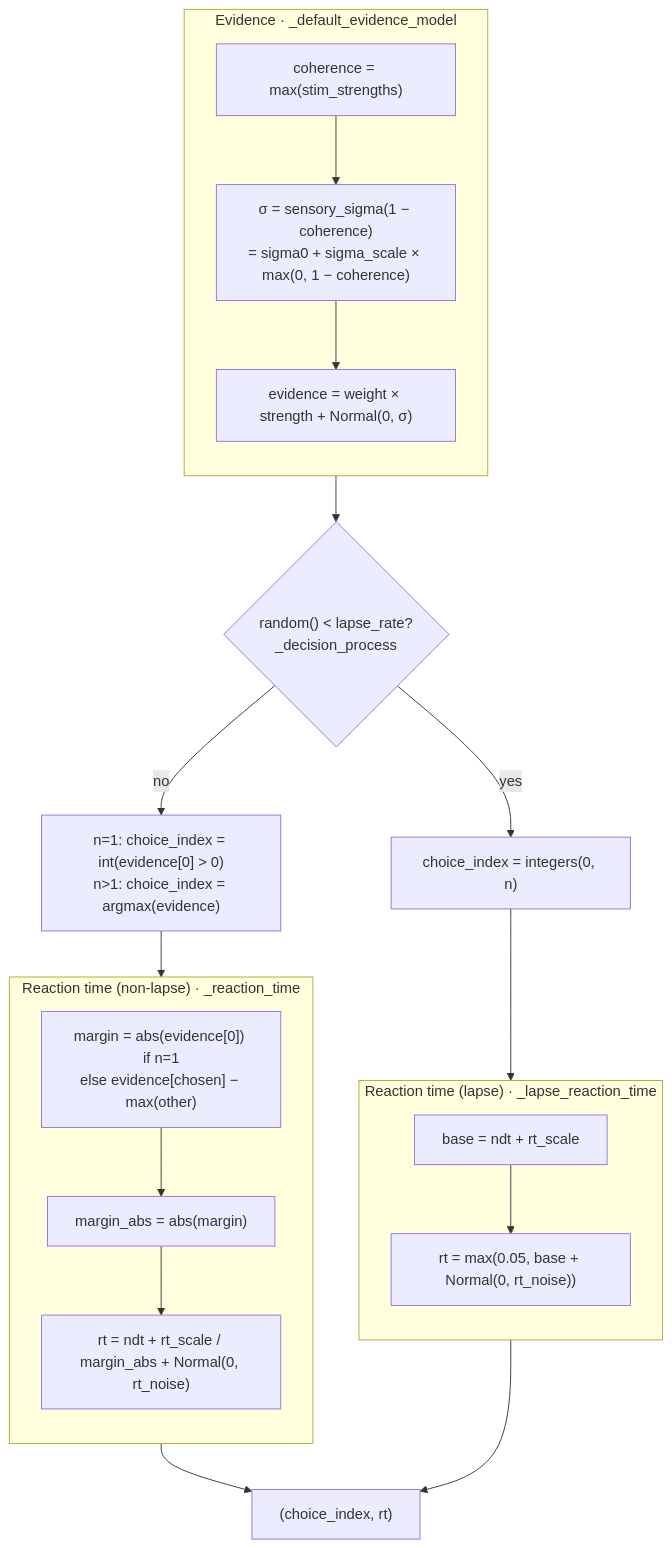
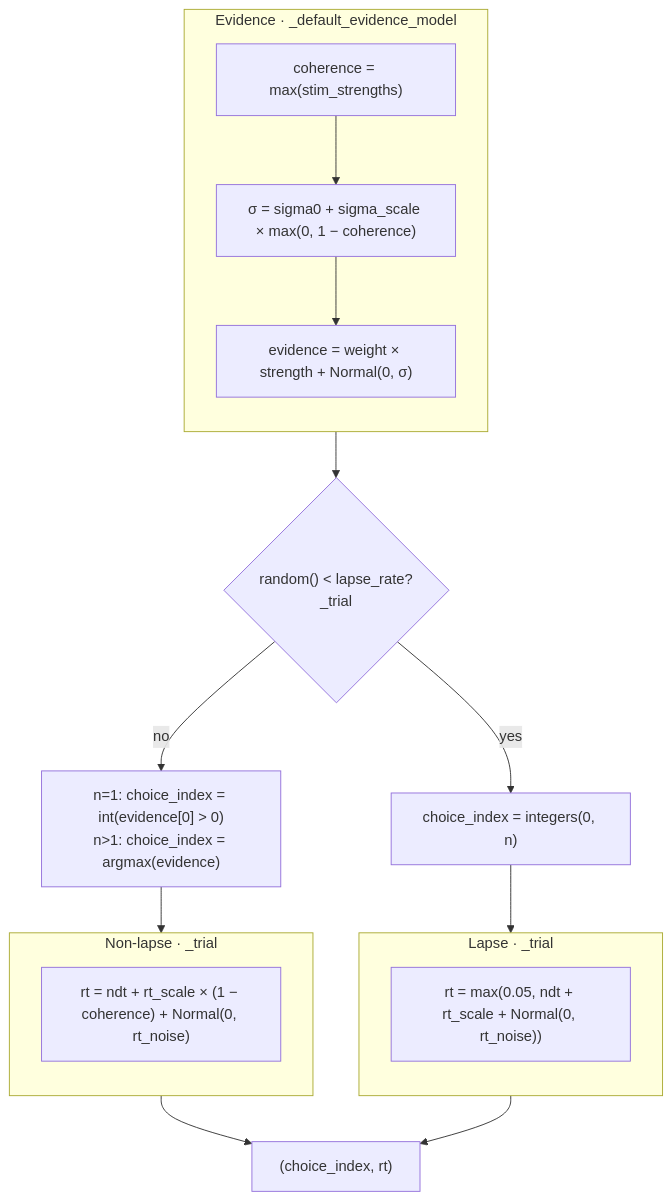
The diagram in observers/observersDescriptions.md (Jovan-Kemp/experiment-simulator), drawn with Mermaid before and after one commit. The commit also changed other lines of this file and 9 other files, not shown here.

````diff
--- a/observers/observersDescriptions.md
+++ b/observers/observersDescriptions.md
@@ -23,35 +23,30 @@
 ```mermaid
 flowchart TD
     subgraph EV["Evidence · _default_evidence_model"]
         direction TB
         E1["coherence = max(stim_strengths)"]
-        E2["σ = sensory_sigma(1 − coherence)<br/>= sigma0 + sigma_scale × max(0, 1 − coherence)"]
+        E2["σ = sigma0 + sigma_scale × max(0, 1 − coherence)"]
         E3["evidence = weight × strength + Normal(0, σ)"]
         E1 --> E2 --> E3
     end
 
-    E3 --> LAP{"random() < lapse_rate?<br/>_decision_process"}
+    E3 --> LAP{"random() < lapse_rate?<br/>_trial"}
 
     LAP -->|yes| D1["choice_index = integers(0, n)"]
     LAP -->|no| D2["n=1: choice_index = int(evidence[0] > 0)<br/>n>1: choice_index = argmax(evidence)"]
 
-    subgraph RTL["Reaction time (lapse) · _lapse_reaction_time"]
+    subgraph RTL["Lapse · _trial"]
         direction TB
-        RL1["base = ndt + rt_scale"]
-        RL2["rt = max(0.05, base + Normal(0, rt_noise))"]
-        RL1 --> RL2
+        RL1["rt = max(0.05, ndt + rt_scale + Normal(0, rt_noise))"]
     end
 
-    subgraph RTN["Reaction time (non-lapse) · _reaction_time"]
+    subgraph RTN["Non-lapse · _trial"]
         direction TB
-        RN1["margin = abs(evidence[0]) if n=1<br/>else evidence[chosen] − max(other)"]
-        RN2["margin_abs = abs(margin)"]
-        RN3["rt = ndt + rt_scale / margin_abs + Normal(0, rt_noise)"]
-        RN1 --> RN2 --> RN3
+        RN1["rt = ndt + rt_scale × (1 − coherence) + Normal(0, rt_noise)"]
     end
 
     D1 --> RL1
     D2 --> RN1
-    RL2 --> OUT["(choice_index, rt)"]
-    RN3 --> OUT
+    RL1 --> OUT["(choice_index, rt)"]
+    RN1 --> OUT
 ```
````
